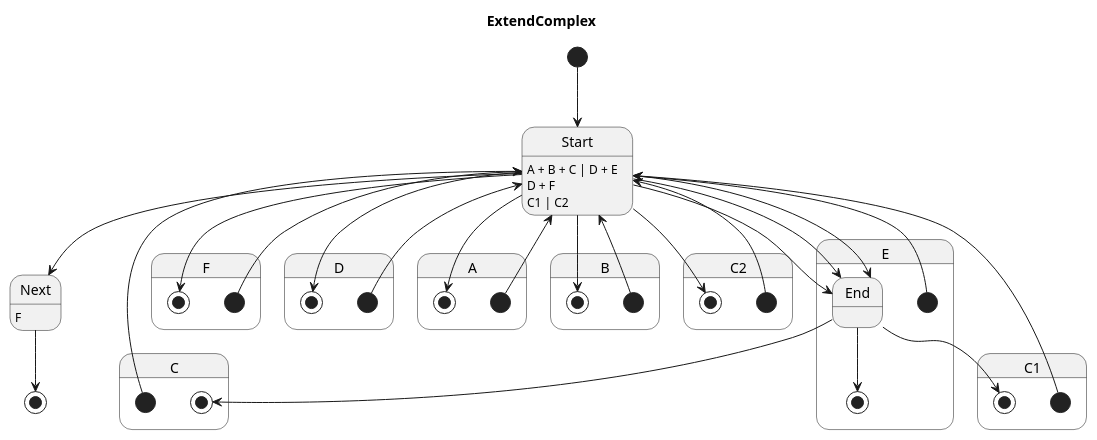
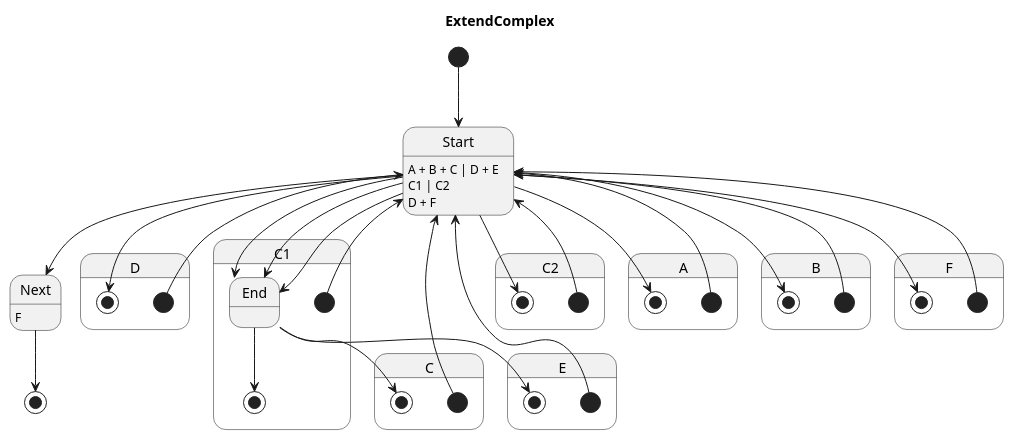
One commit to Pastor/Takt changed the diagram in examples/generated/plantuml/extend_complex.puml. Above: the diagram before and after it, drawn with PlantUML. The commit also changed other lines of this file and 10 other files, not shown here.

```diff
--- a/examples/generated/plantuml/extend_complex.puml
+++ b/examples/generated/plantuml/extend_complex.puml
@@ -1,55 +1,55 @@
 @startuml
 title ExtendComplex
 
 [*] --> Start
+Next : F
+Next --> [*]
 Start : A + B + C | D + E
 Start --> Next
-Next : F
-Next --> [*]
-
-state E {
-    [*] --> Start
-    End --> [*]
-    Start : D + F
-    Start --> End
-}
-
-state C {
-    [*] --> Start
-    Start : C1 | C2
-    Start --> End
-    End --> [*]
-}
-
-state F {
-    [*] --> Start
-    Start --> [*]
-}
 
 state D {
     [*] --> Start
     Start --> [*]
 }
 
 state C1 {
     [*] --> Start
     Start --> End
     End --> [*]
 }
 
+state C2 {
+    [*] --> Start
+    Start --> [*]
+}
+
+state C {
+    [*] --> Start
+    End --> [*]
+    Start : C1 | C2
+    Start --> End
+}
+
 state A {
     [*] --> Start
     Start --> [*]
+}
+
+state E {
+    [*] --> Start
+    Start : D + F
+    Start --> End
+    End --> [*]
 }
 
 state B {
     [*] --> Start
     Start --> [*]
 }
 
-state C2 {
+state F {
     [*] --> Start
     Start --> [*]
 }
 
 @enduml
```
